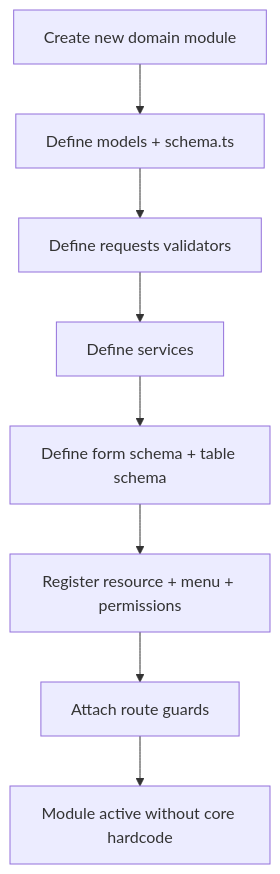
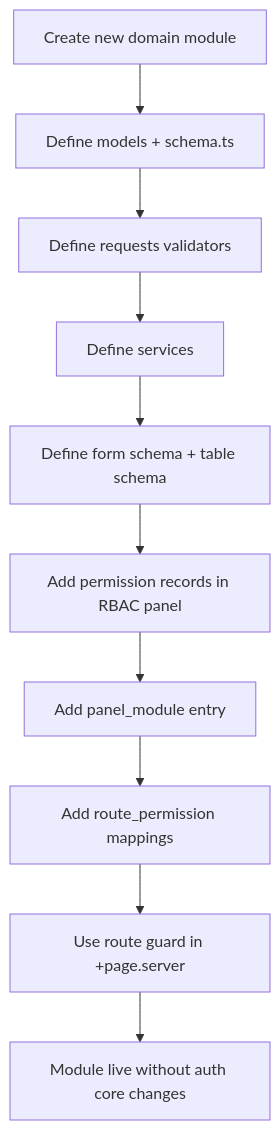
Before and after one commit to lutfiangga/nuwaira-web: the diagram in docs/design-system-uml/activity-module-onboarding.md, drawn with Mermaid. The commit also changed 183 other files, not shown here.

````diff
--- a/docs/design-system-uml/activity-module-onboarding.md
+++ b/docs/design-system-uml/activity-module-onboarding.md
@@ -3,10 +3,12 @@
 ```mermaid
 flowchart TD
   A[Create new domain module] --> B[Define models + schema.ts]
   B --> C[Define requests validators]
   C --> D[Define services]
   D --> E[Define form schema + table schema]
-  E --> F[Register resource + menu + permissions]
-  F --> G[Attach route guards]
-  G --> H[Module active without core hardcode]
+  E --> F[Add permission records in RBAC panel]
+  F --> G[Add panel_module entry]
+  G --> H[Add route_permission mappings]
+  H --> I[Use route guard in +page.server]
+  I --> J[Module live without auth core changes]
 ```
````
